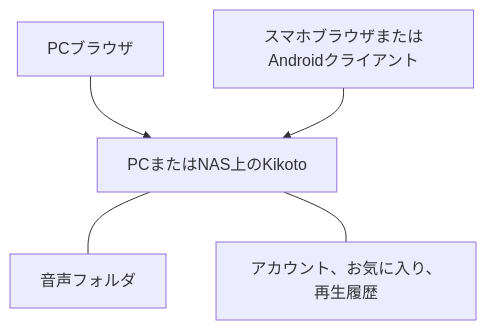
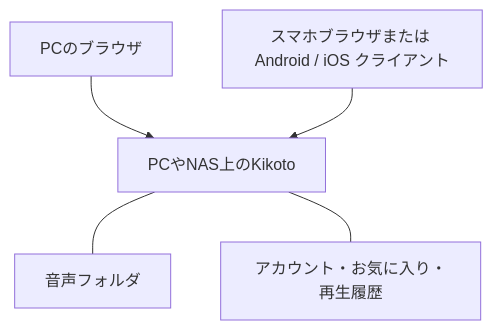
The second of 2 diagrams in content/ja-jp/posts/2026/2026-10-08 Kikoto.md (yexca/blog), drawn with Mermaid before and after one commit. The commit also changed other lines of this file and 3 other files, not shown here.

````diff
--- a/content/ja-jp/posts/2026/2026-10-08 Kikoto.md
+++ b/content/ja-jp/posts/2026/2026-10-08 Kikoto.md
@@ -87,7 +102,7 @@
 ```mermaid
 flowchart TB
-    A["PCブラウザ"] --> C["PCまたはNAS上のKikoto"]
-    B["スマホブラウザまたはAndroidクライアント"] --> C
+    A["PCのブラウザ"] --> C["PCやNAS上のKikoto"]
+    B["スマホブラウザまたは Android / iOS クライアント"] --> C
     C --- D["音声フォルダ"]
-    C --- E["アカウント、お気に入り、再生履歴"]
+    C --- E["アカウント・お気に入り・再生履歴"]
 ```
````
